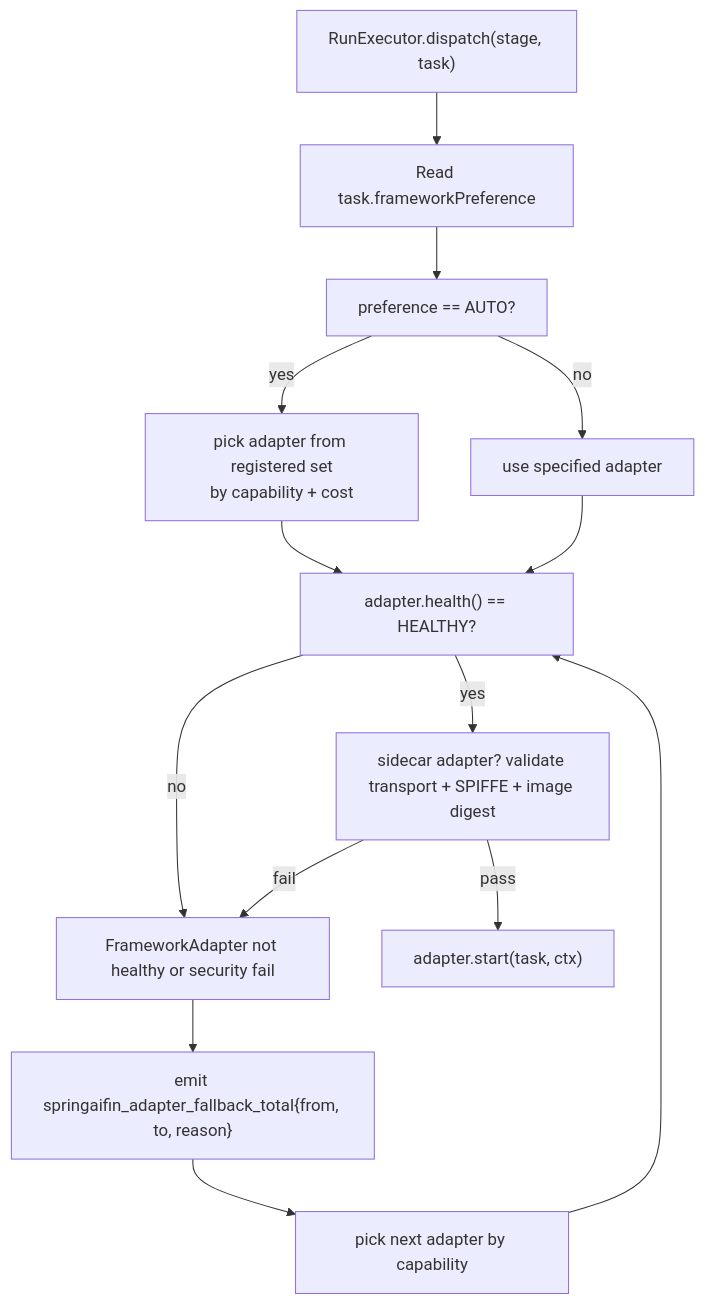
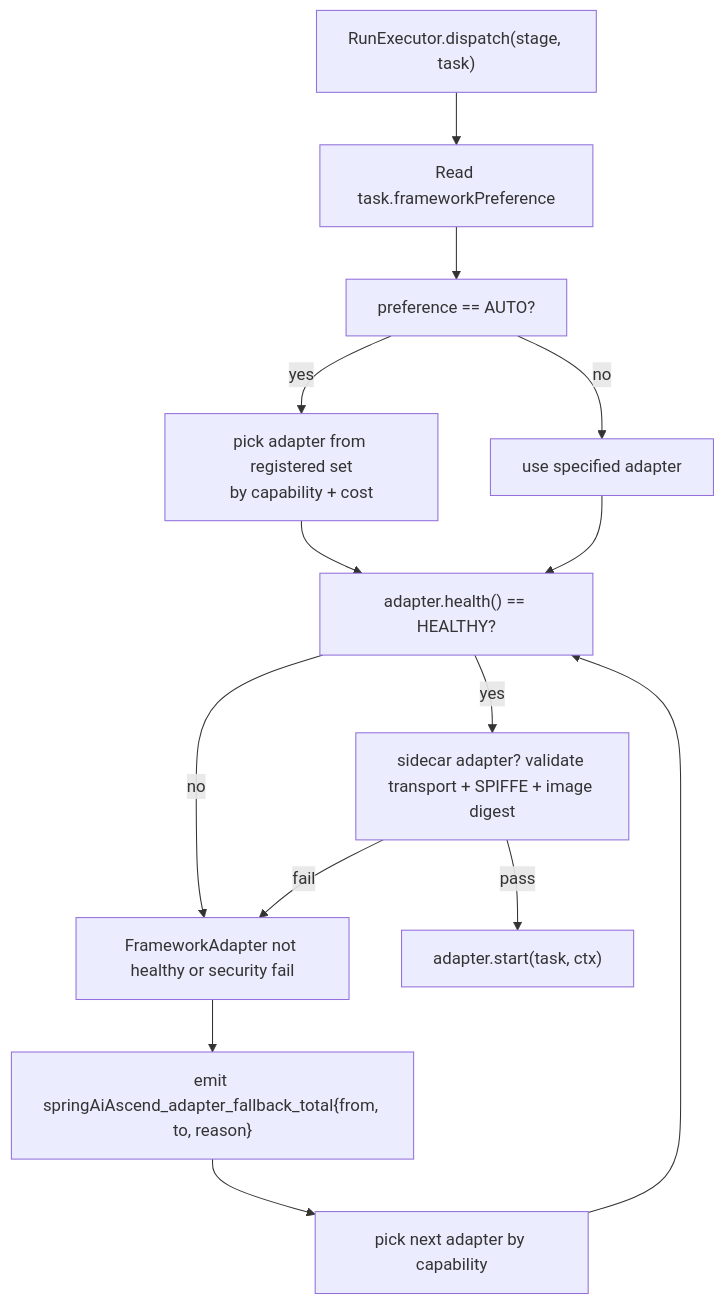
One commit to chaosxingxc-orion/spring-ai-fin changed the diagram in agent-runtime/adapters/ARCHITECTURE.md. Above: the diagram before and after it, drawn with Mermaid. The commit also changed other lines of this file and 96 other files, not shown here.

````diff
--- a/agent-runtime/adapters/ARCHITECTURE.md
+++ b/agent-runtime/adapters/ARCHITECTURE.md
@@ -274,28 +274,28 @@
 ```mermaid
 flowchart TD
     START["RunExecutor.dispatch(stage, task)"]
     READ_PREF["Read task.frameworkPreference"]
     AUTO["preference == AUTO?"]
     PICK["pick adapter from registered set<br/>by capability + cost"]
     USE["use specified adapter"]
     HEALTH["adapter.health() == HEALTHY?"]
     SECCHK["sidecar adapter? validate transport + SPIFFE + image digest"]
     FALLBACK["FrameworkAdapter not healthy or security fail"]
     DISPATCH["adapter.start(task, ctx)"]
-    EMIT_FALLBACK["emit springaifin_adapter_fallback_total{from, to, reason}"]
+    EMIT_FALLBACK["emit springAiAscend_adapter_fallback_total{from, to, reason}"]
     NEXT["pick next adapter by capability"]
 
     START --> READ_PREF
     READ_PREF --> AUTO
     AUTO -->|yes| PICK
     AUTO -->|no| USE
     PICK --> HEALTH
     USE --> HEALTH
     HEALTH -->|yes| SECCHK
     HEALTH -->|no| FALLBACK
     SECCHK -->|pass| DISPATCH
     SECCHK -->|fail| FALLBACK
     FALLBACK --> EMIT_FALLBACK
     EMIT_FALLBACK --> NEXT
     NEXT --> HEALTH
 ```
````
